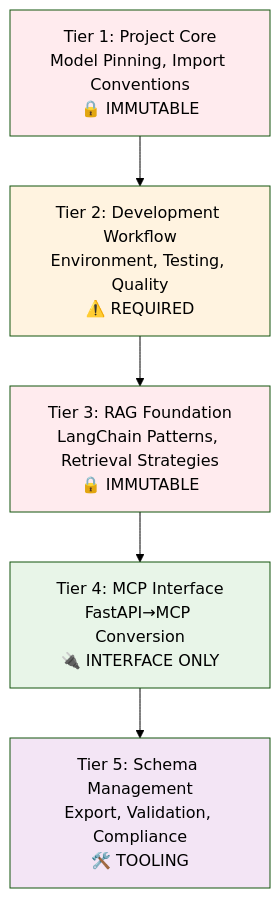
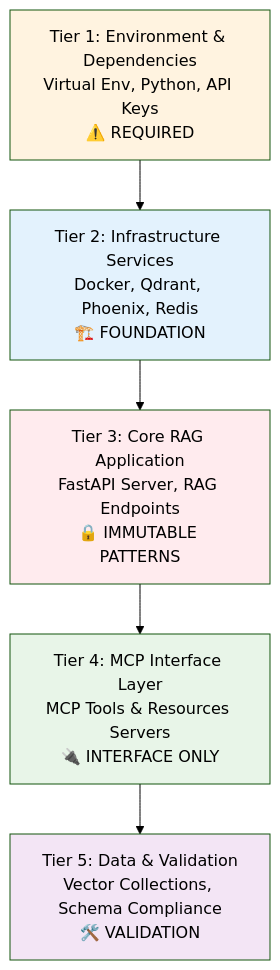
Before and after one commit to donbr/adv-rag: the first of 5 diagrams in docs/ARCHITECTURE.md, drawn with Mermaid (forest theme). The commit also changed other lines of this file and 15 other files, not shown here.

````diff
--- a/docs/ARCHITECTURE.md
+++ b/docs/ARCHITECTURE.md
@@ -11,23 +11,25 @@
 ```mermaid
 graph TB
-    T1[Tier 1: Project Core<br/>Model Pinning, Import Conventions<br/>🔒 IMMUTABLE]
-    T2[Tier 2: Development Workflow<br/>Environment, Testing, Quality<br/>⚠️ REQUIRED]
-    T3[Tier 3: RAG Foundation<br/>LangChain Patterns, Retrieval Strategies<br/>🔒 IMMUTABLE]
-    T4[Tier 4: MCP Interface<br/>FastAPI→MCP Conversion<br/>🔌 INTERFACE ONLY]
-    T5[Tier 5: Schema Management<br/>Export, Validation, Compliance<br/>🛠️ TOOLING]
+    T1[Tier 1: Environment & Dependencies<br/>Virtual Env, Python, API Keys<br/>⚠️ REQUIRED]
+    T2[Tier 2: Infrastructure Services<br/>Docker, Qdrant, Phoenix, Redis<br/>🏗️ FOUNDATION]
+    T3[Tier 3: Core RAG Application<br/>FastAPI Server, RAG Endpoints<br/>🔒 IMMUTABLE PATTERNS]
+    T4[Tier 4: MCP Interface Layer<br/>MCP Tools & Resources Servers<br/>🔌 INTERFACE ONLY]
+    T5[Tier 5: Data & Validation<br/>Vector Collections, Schema Compliance<br/>🛠️ VALIDATION]
     
     T1 --> T2
     T2 --> T3
     T3 --> T4
     T4 --> T5
     
+    classDef required fill:#fff3e0
+    classDef foundation fill:#e3f2fd
     classDef immutable fill:#ffebee
-    classDef required fill:#fff3e0
     classDef interface fill:#e8f5e8
-    classDef tooling fill:#f3e5f5
+    classDef validation fill:#f3e5f5
     
-    class T1,T3 immutable
-    class T2 required
+    class T1 required
+    class T2 foundation
+    class T3 immutable
     class T4 interface
-    class T5 tooling
+    class T5 validation
 ```
````
